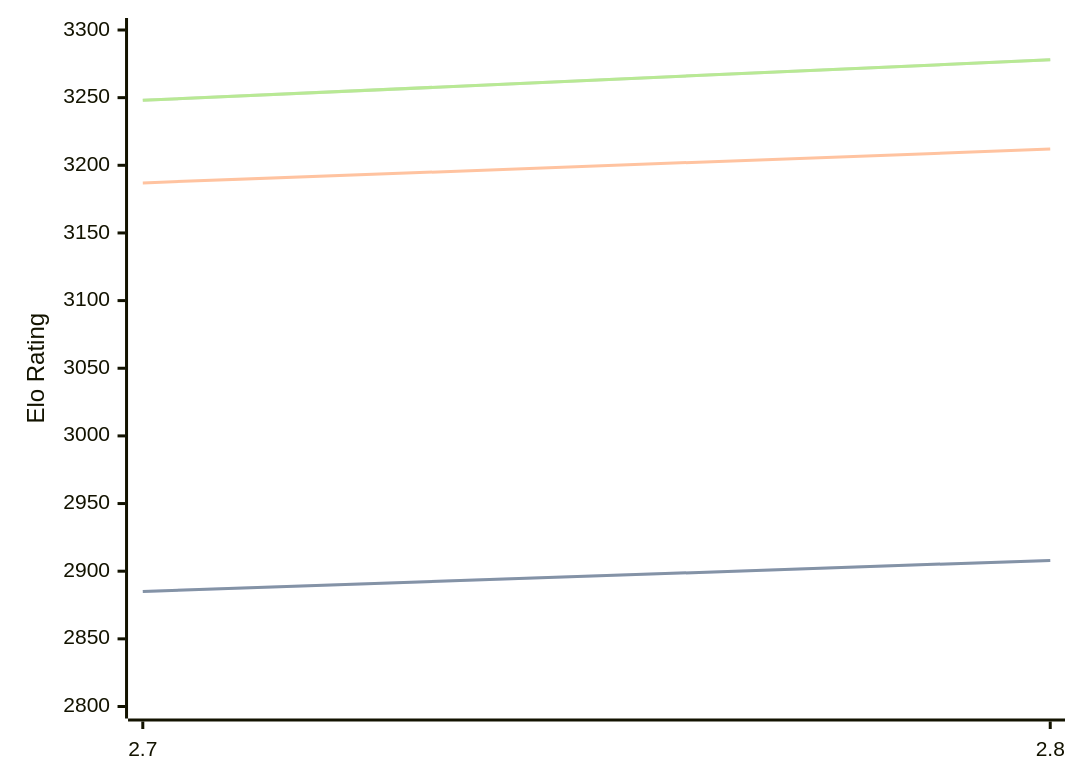
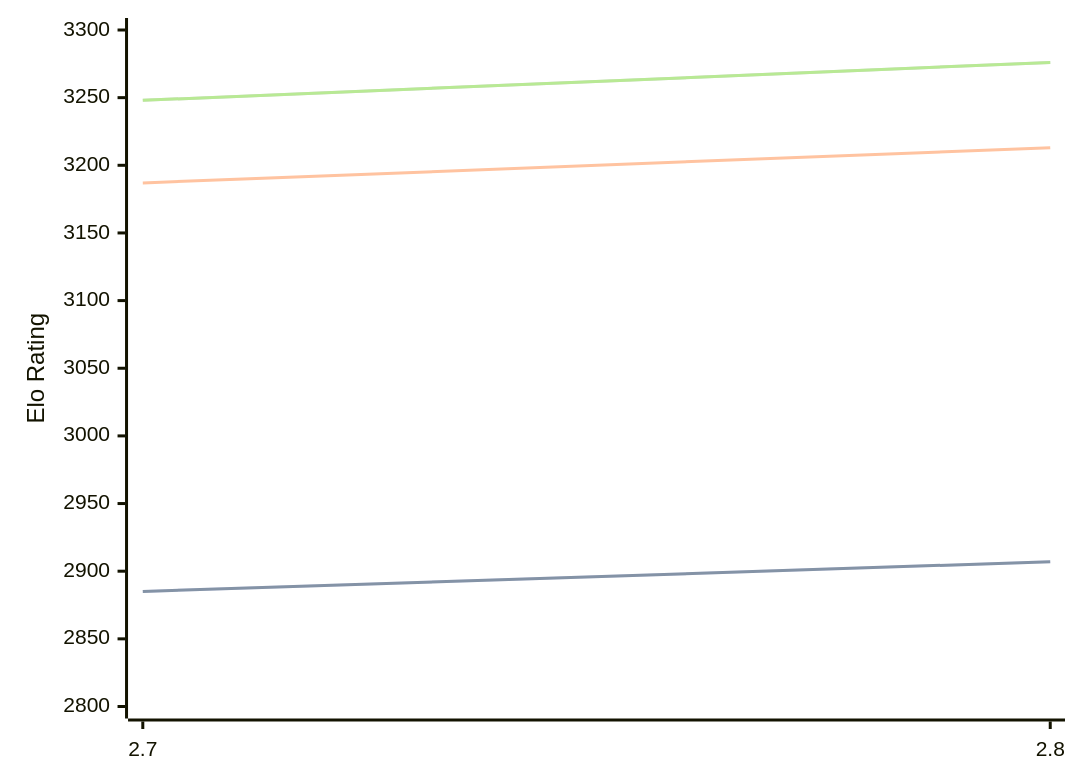
One commit to computer-chess-index/cci changed the diagram in engines/Arcanum.md. Above: the diagram before and after it, drawn with Mermaid. The commit also changed other lines of this file, not shown here.

Commit message:
Update CCI Ratings (ELO VLTC) - 2026-07-19

````diff
--- a/engines/Arcanum.md
+++ b/engines/Arcanum.md
@@ -44,11 +44,11 @@
 ```mermaid
 %%{init: {"theme":"base","themeVariables":{"seriesColors:['#a3a3a3','#222221','#faa371']}}}%%
 xychart-beta
   x-axis ["2.7", "2.8"]
   y-axis "Elo Rating" 2800 --> 3300
-  line "STC (8.0+0.08s)" [2885, 2908]
-  line "STC (8.0+0.08s)" [2885, 2908]
-  line "LTC (60.0+0.60s)" [3187, 3212]
-  line "VLTC (2m24s+1.12s)" [3248, 3278]
-  line "VLTC (2m24s+1.12s)" [3248, 3278]
+  line "STC (8.0+0.08s)" [2885, 2907]
+  line "STC (8.0+0.08s)" [2885, 2907]
+  line "LTC (60.0+0.60s)" [3187, 3213]
+  line "VLTC (2m24s+1.12s)" [3248, 3276]
+  line "VLTC (2m24s+1.12s)" [3248, 3276]
 ```
````
